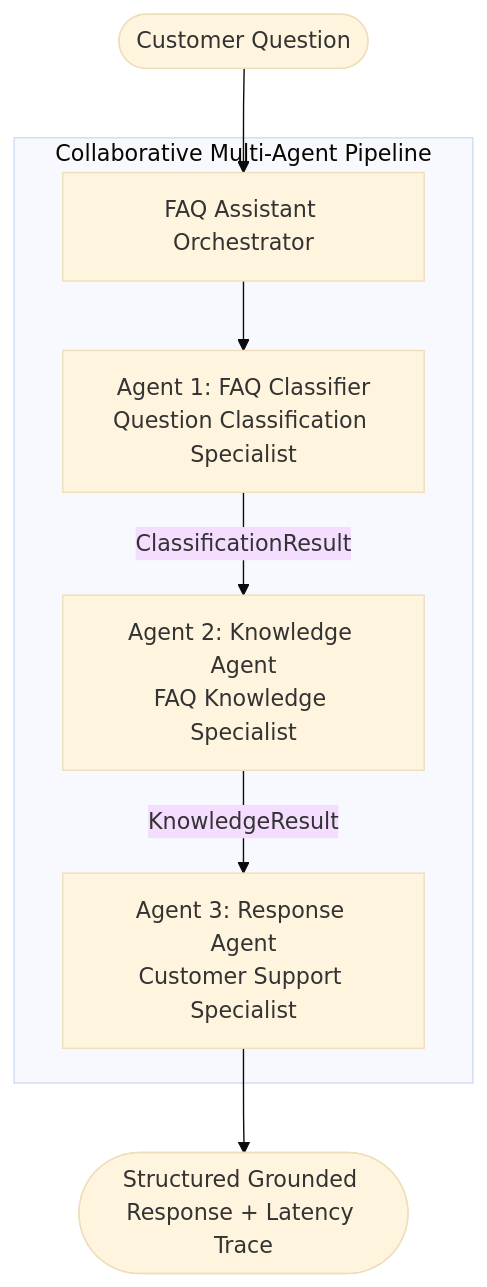
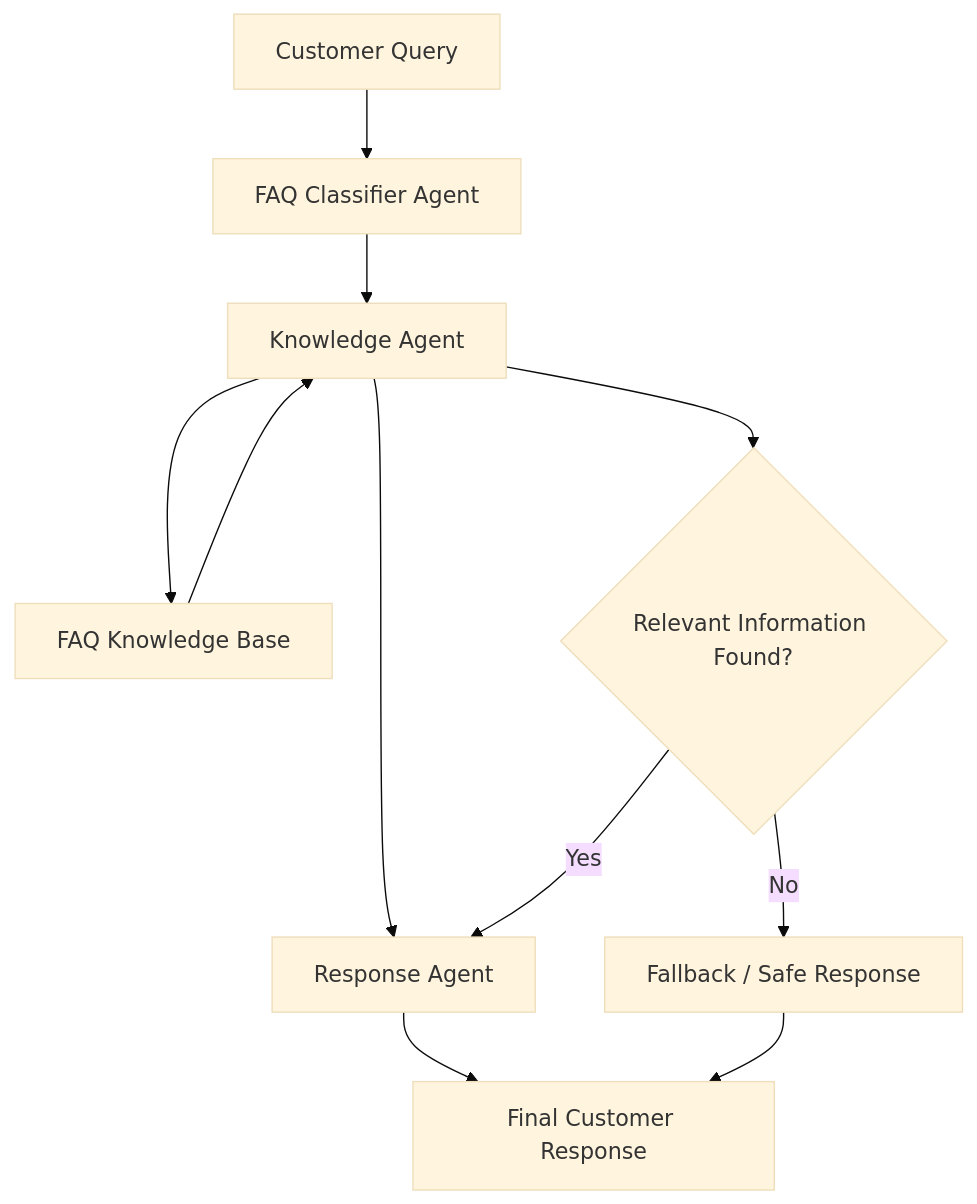
The diagram in README.md (haniaeman2026-pixel/ShopSmart-AI), drawn with Mermaid (base theme) before and after one commit. The commit also changed other lines of this file, not shown here.

````diff
--- a/README.md
+++ b/README.md
@@ -72,12 +38,15 @@
 ```mermaid
 flowchart TD
-    User([Customer Question]) --> Orchestrator[FAQ Assistant Orchestrator]
+    A["Customer Query"] --> B["FAQ Classifier Agent"]
+    B --> C["Knowledge Agent"]
+    C --> D["Response Agent"]
+    D --> E["Final Customer Response"]
 
-    subgraph MultiAgentPipeline["Collaborative Multi-Agent Pipeline"]
-        Orchestrator --> Agent1["Agent 1: FAQ Classifier<br/>Question Classification Specialist"]
-        Agent1 -->|ClassificationResult| Agent2["Agent 2: Knowledge Agent<br/>FAQ Knowledge Specialist"]
-        Agent2 -->|KnowledgeResult| Agent3["Agent 3: Response Agent<br/>Customer Support Specialist"]
-    end
+    C --> F["FAQ Knowledge Base"]
+    F --> C
 
-    Agent3 --> FinalOutput([Structured Grounded Response + Latency Trace])
+    C --> G{"Relevant Information Found?"}
+    G -->|Yes| D
+    G -->|No| H["Fallback / Safe Response"]
+    H --> E
 ```
````
